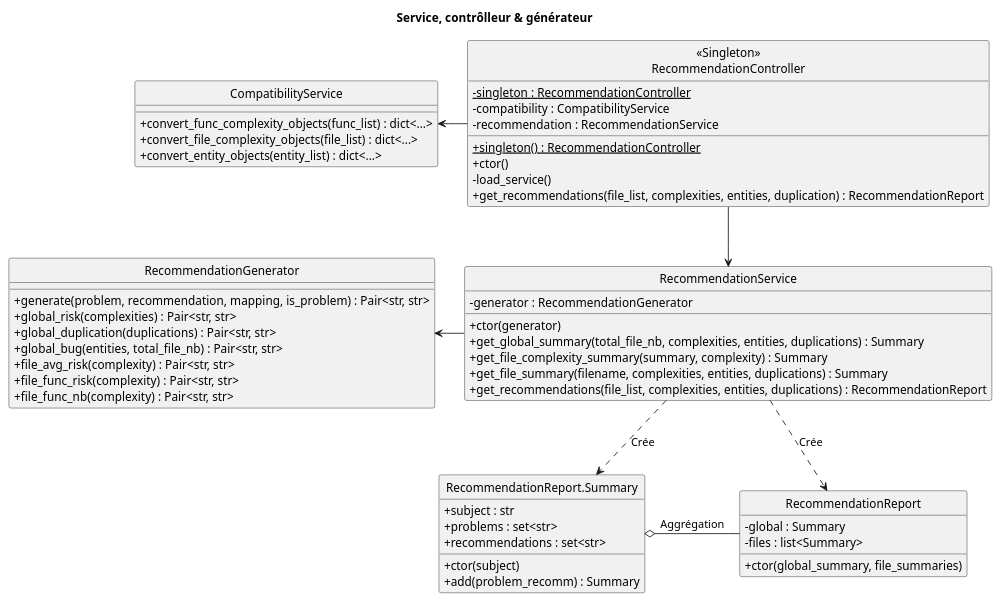
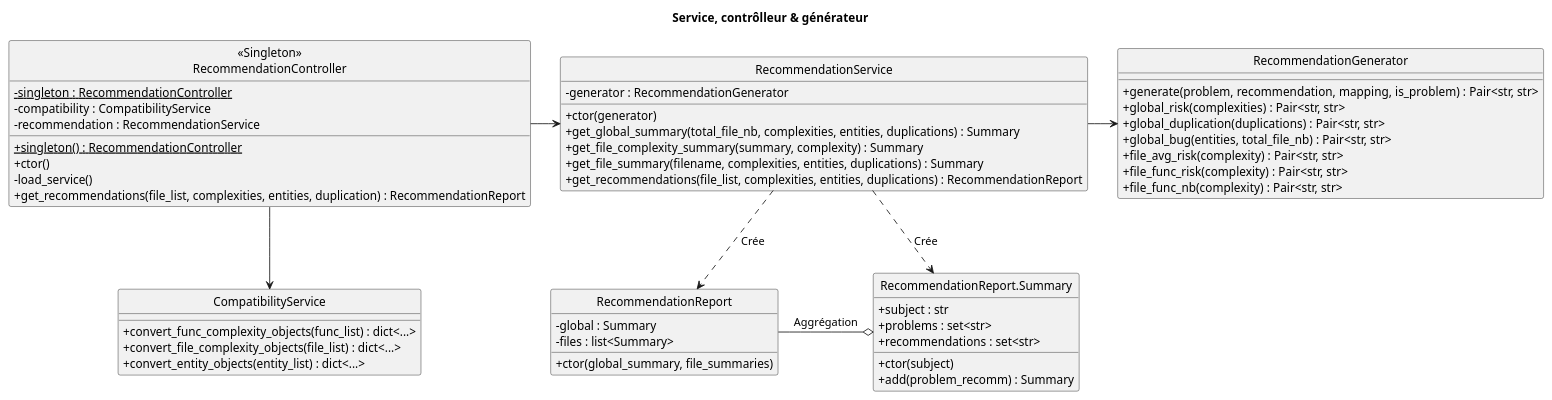
One commit to CAMaji/technical_debts changed the diagram in doc/wiki/puml/recomm_service.puml. Above: the diagram before and after it, drawn with PlantUML. The commit also changed 4 other files, not shown here.

Commit message:
modif doc recomm : ajout generateur recomm + modif diagrammes

```diff
--- a/doc/wiki/puml/recomm_service.puml
+++ b/doc/wiki/puml/recomm_service.puml
@@ -1,65 +1,63 @@
 @startuml recomm_service
 hide circle
 skinparam classAttributeIconSize 0
 title Service, contrôlleur & générateur
 
 
 class "<<Singleton>>\nRecommendationController" as RecommendationController {
     - {static} singleton : RecommendationController
     - compatibility : CompatibilityService
     - recommendation : RecommendationService
     + {static} singleton() : RecommendationController
     + ctor()
     - load_service()
     + get_recommendations(file_list, complexities, entities, duplication) : RecommendationReport
 }
 
 class CompatibilityService {
     + convert_func_complexity_objects(func_list) : dict<...>
     + convert_file_complexity_objects(file_list) : dict<...>
     + convert_entity_objects(entity_list) : dict<...>
 }
 
 class RecommendationService {
     - generator : RecommendationGenerator
     + ctor(generator)
     + get_global_summary(total_file_nb, complexities, entities, duplications) : Summary
     + get_file_complexity_summary(summary, complexity) : Summary
     + get_file_summary(filename, complexities, entities, duplications) : Summary
     + get_recommendations(file_list, complexities, entities, duplications) : RecommendationReport
 }
 
 class RecommendationGenerator {
     + generate(problem, recommendation, mapping, is_problem) : Pair<str, str>
     + global_risk(complexities) : Pair<str, str>
     + global_duplication(duplications) : Pair<str, str>
     + global_bug(entities, total_file_nb) : Pair<str, str>
     + file_avg_risk(complexity) : Pair<str, str>
     + file_func_risk(complexity) : Pair<str, str>
     + file_func_nb(complexity) : Pair<str, str>
 }
 
 class RecommendationReport {
     -global : Summary
     -files : list<Summary>
     + ctor(global_summary, file_summaries)
 }
 
 class "RecommendationReport.Summary" as RRSummary {
     + subject : str
     + problems : set<str>
     + recommendations : set<str>
     + ctor(subject)
     + add(problem_recomm) : Summary
 }
 
-RecommendationController -down-> RecommendationService
-RecommendationController -left-> CompatibilityService
+RecommendationController -right-> RecommendationService
+RecommendationController -down-> CompatibilityService
 RecommendationService .down.> RecommendationReport : "Crée"
 RecommendationService .down.> RRSummary : "Crée"
-RecommendationReport -left-o RRSummary : "Aggrégation"
-RecommendationService -left-> RecommendationGenerator 
-
-
+RecommendationReport -right-o RRSummary : "Aggrégation"
+RecommendationService -right-> RecommendationGenerator
 
 @enduml
```
